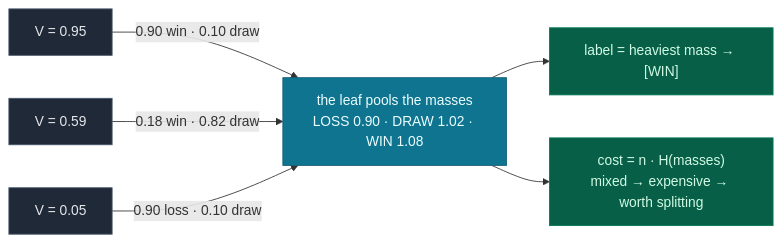
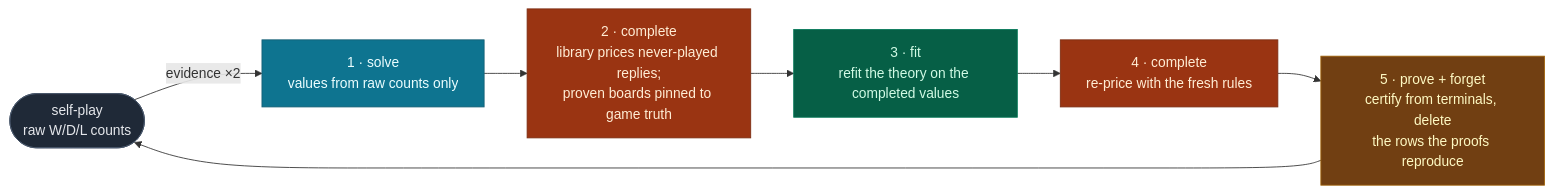
One commit to MatheweB/WiseExplorer changed the sixth of 7 diagrams in README.md. Above: the diagram before and after it, drawn with Mermaid. The commit also changed other lines of this file and 6 other files, not shown here.

First line of the commit message:
Rewrite docs around the invent → prove → forget paradigm

````diff
--- a/README.md
+++ b/README.md
@@ -374,15 +278,14 @@
 ```mermaid
 flowchart LR
-    classDef v fill:#1f2937,stroke:#475569,color:#e5e7eb
-    classDef m fill:#0e7490,stroke:#155e75,color:#ecfeff
-    classDef o fill:#065f46,stroke:#047857,color:#d1fae5
-    V1["V = 0.95"] -->|"0.90 win · 0.10 draw"| POOL
-    V2["V = 0.59"] -->|"0.18 win · 0.82 draw"| POOL
-    V3["V = 0.05"] -->|"0.90 loss · 0.10 draw"| POOL
-    POOL["the leaf pools the masses<br/>LOSS 0.90 · DRAW 1.02 · WIN 1.08"]
-    POOL --> VER["label = heaviest mass → [WIN]"]
-    POOL --> COST["cost = n · H(masses)<br/>mixed → expensive → worth splitting"]
-    class V1,V2,V3 v
-    class POOL m
-    class VER,COST o
+    classDef ev fill:#0e7490,stroke:#155e75,color:#ecfeff
+    classDef co fill:#9a3412,stroke:#7c2d12,color:#ffedd5
+    classDef di fill:#065f46,stroke:#047857,color:#d1fae5
+    classDef pr fill:#713f12,stroke:#a16207,color:#fef9c3
+    classDef pl fill:#1f2937,stroke:#475569,color:#e5e7eb
+    P(["self-play<br/>raw W/D/L counts"]):::pl -->|"evidence ×2"| S["1 · solve<br/>values from raw counts only"]:::ev
+    S --> C1["2 · complete<br/>library prices never-played replies;<br/>proven boards pinned to game truth"]:::co
+    C1 --> D["3 · fit<br/>refit the theory on the completed values"]:::di
+    D --> C2["4 · complete<br/>re-price with the fresh rules"]:::co
+    C2 --> PR["5 · prove + forget<br/>certify from terminals, delete<br/>the rows the proofs reproduce"]:::pr
+    PR --> P
 ```
````
